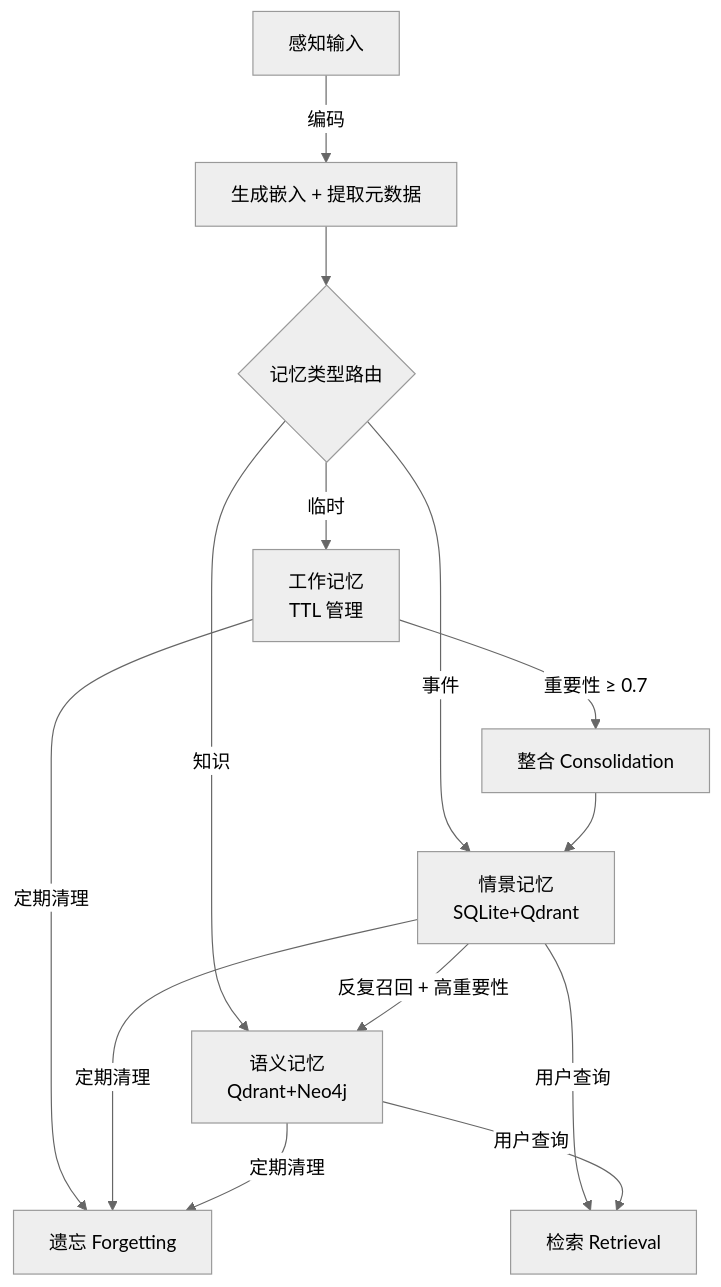
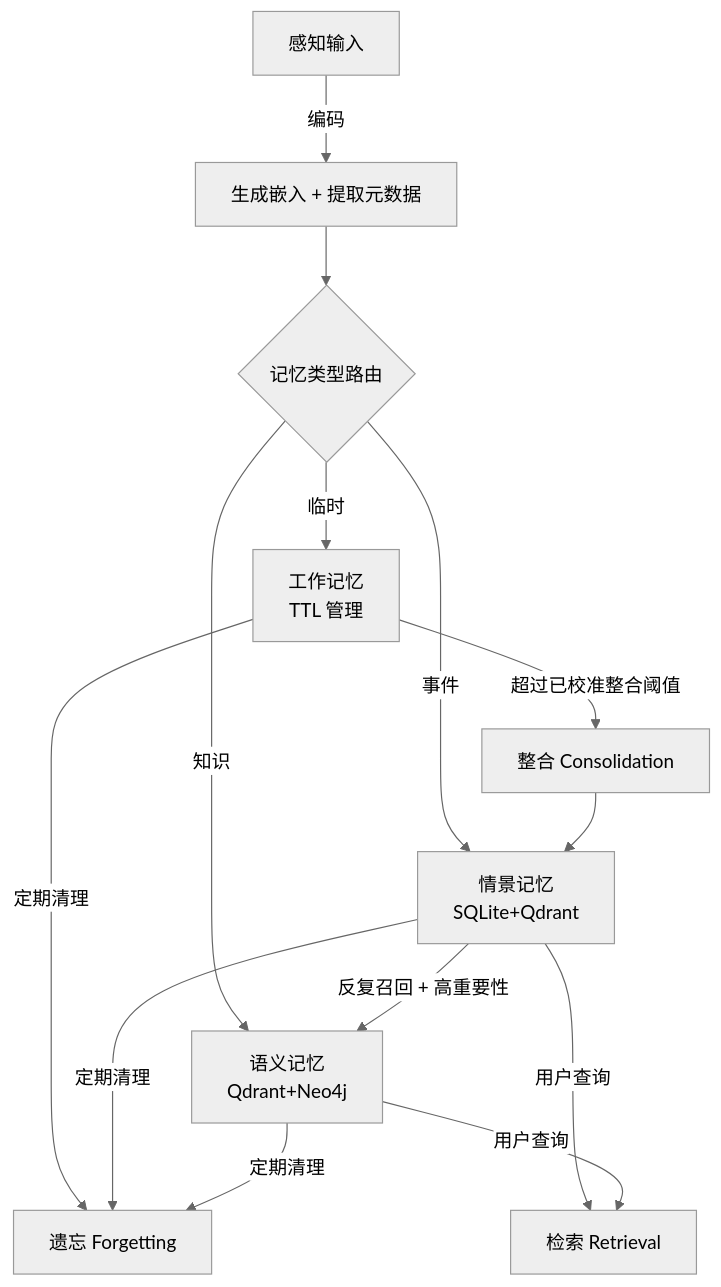
The third of 3 diagrams in knowledge/llm/agent/agent-memory.md (AmbitionC/front-end-journey-resource), drawn with Mermaid (neutral theme) before and after one commit. The commit also changed other lines of this file and 10 other files, not shown here.

````diff
--- a/knowledge/llm/agent/agent-memory.md
+++ b/knowledge/llm/agent/agent-memory.md
@@ -214,13 +217,13 @@
 ```mermaid
 flowchart TD
     A[感知输入] -->|编码| B[生成嵌入 + 提取元数据]
     B --> C{记忆类型路由}
     C -->|临时| D[工作记忆\nTTL 管理]
     C -->|事件| E[情景记忆\nSQLite+Qdrant]
     C -->|知识| F[语义记忆\nQdrant+Neo4j]
-    D -->|重要性 ≥ 0.7| G[整合 Consolidation]
+    D -->|超过已校准整合阈值| G[整合 Consolidation]
     G --> E
     E -->|反复召回 + 高重要性| F
     D & E & F -->|定期清理| H[遗忘 Forgetting]
     E & F -->|用户查询| I[检索 Retrieval]
 ```
````
